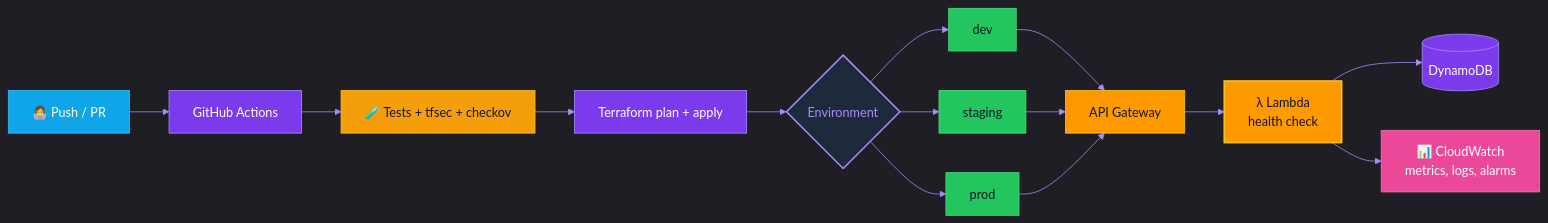
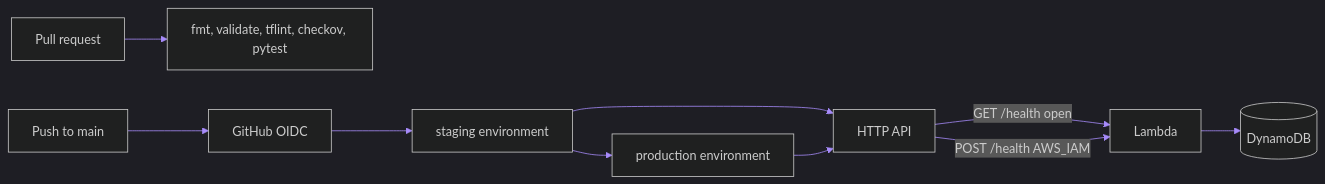
Before and after one commit to lloredia/lloredia: the third of 7 diagrams in README.md, drawn with Mermaid. The commit also changed other lines of this file, not shown here.

````diff
--- a/README.md
+++ b/README.md
@@ -579,24 +375,13 @@
 ```mermaid
 %%{init: {'theme':'dark','themeVariables':{'primaryColor':'#1E293B','primaryTextColor':'#E2E8F0','primaryBorderColor':'#7C3AED','lineColor':'#A78BFA','fontFamily':'Fira Code'}}}%%
 flowchart LR
-    DEV["👩‍💻 Push / PR"]:::dev --> GHA["GitHub Actions"]:::ci
-    GHA --> TEST["🧪 Tests + tfsec + checkov"]:::scan
-    TEST --> TF["Terraform plan + apply"]:::ci
-    TF --> ENV{"Environment"}:::gate
-    ENV --> DEVENV["dev"]:::env
-    ENV --> STG["staging"]:::env
-    ENV --> PRD["prod"]:::env
-    DEVENV & STG & PRD --> APIGW["API Gateway"]:::aws
-    APIGW --> LAM["λ Lambda<br/>health check"]:::lambda
-    LAM --> DDB[("DynamoDB")]:::data
-    LAM --> CW["📊 CloudWatch<br/>metrics, logs, alarms"]:::obs
-    classDef dev fill:#0EA5E9,stroke:#38BDF8,color:#fff
-    classDef ci fill:#7C3AED,stroke:#A78BFA,color:#fff
-    classDef scan fill:#F59E0B,stroke:#FBBF24,color:#0F172A
-    classDef gate fill:#1E293B,stroke:#A78BFA,color:#A78BFA,stroke-width:2px
-    classDef env fill:#22C55E,stroke:#4ADE80,color:#0F172A
-    classDef aws fill:#FF9900,stroke:#FBBF24,color:#0F172A
-    classDef lambda fill:#FF9900,stroke:#FBBF24,color:#0F172A,stroke-width:2px
-    classDef data fill:#7C3AED,stroke:#A78BFA,color:#fff
-    classDef obs fill:#EC4899,stroke:#F472B6,color:#fff
+    PR["Pull request"] --> CI["fmt, validate, tflint, checkov, pytest"]
+    PUSH["Push to main"] --> OIDC["GitHub OIDC"]
+    OIDC --> STG["staging environment"]
+    STG --> PRD["production environment"]
+    STG --> API["HTTP API"]
+    PRD --> API
+    API -->|GET /health open| LAM["Lambda"]
+    API -->|POST /health AWS_IAM| LAM
+    LAM --> DDB[("DynamoDB")]
 ```
````
